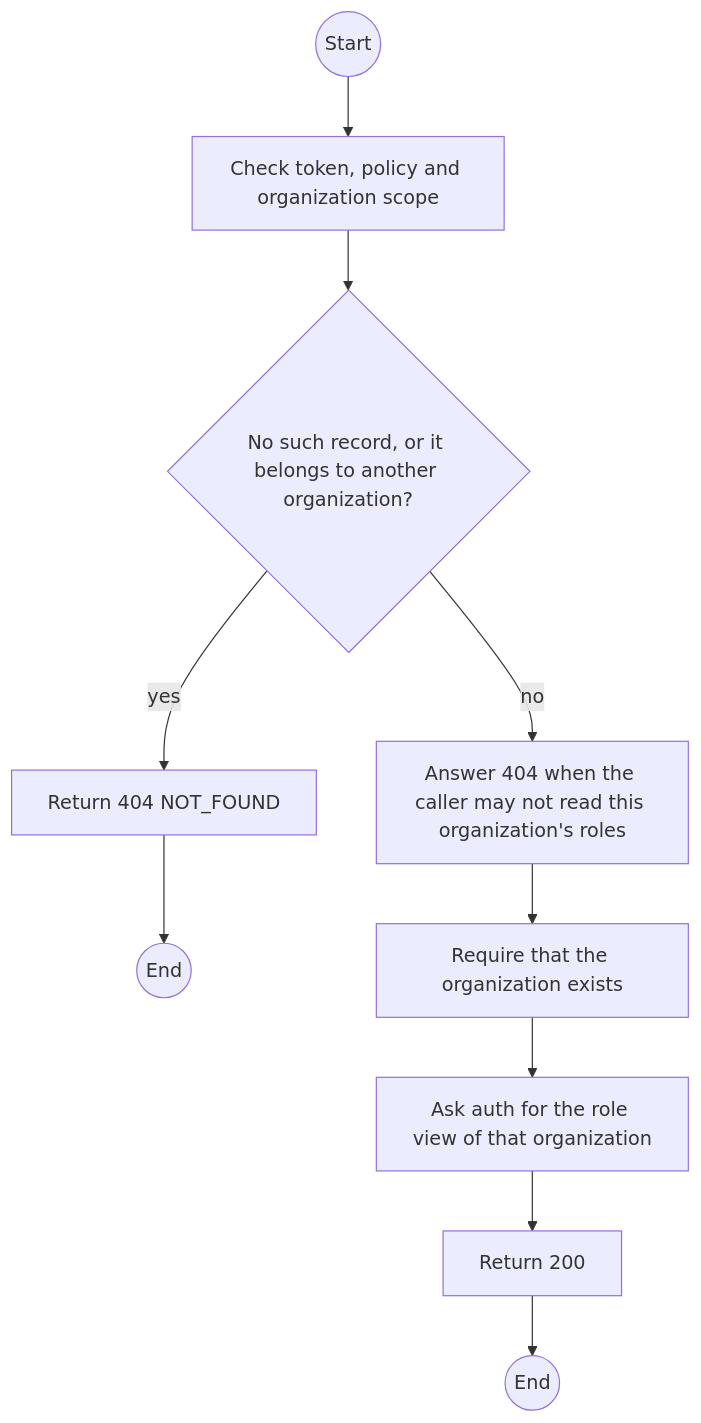
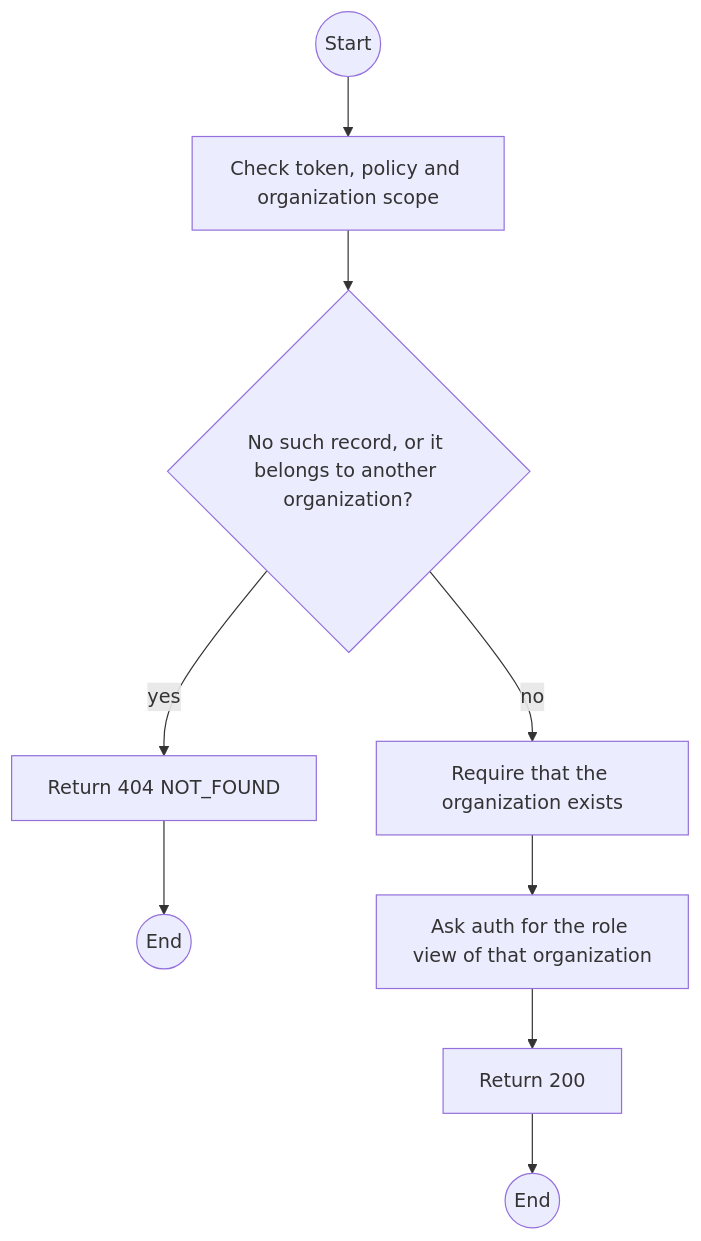
Before and after one commit to TrekLink-Team/treklink-web: the first of 2 diagrams in specs/organizations/api-design/33-get-organizations-id-roles.md, drawn with Mermaid. The commit also changed other lines of this file and 8 other files, not shown here.

````diff
--- a/specs/organizations/api-design/33-get-organizations-id-roles.md
+++ b/specs/organizations/api-design/33-get-organizations-id-roles.md
@@ -127,20 +127,18 @@
 ```mermaid
 flowchart TB
     S((Start))
     A0["Check token, policy and organization scope"]
     S --> A0
     D1{"No such record, or it belongs to another organization?"}
     A0 --> D1
     E1["Return 404 NOT_FOUND"]
     D1 -->|yes| E1
     E1 --> X1((End))
-    P0["Answer 404 when the caller may not read this organization's roles"]
+    P0["Require that the organization exists"]
     D1 -->|no| P0
-    P1["Require that the organization exists"]
+    P1["Ask auth for the role view of that organization"]
     P0 --> P1
-    P2["Ask auth for the role view of that organization"]
-    P1 --> P2
     OK["Return 200"]
-    P2 --> OK
+    P1 --> OK
     OK --> Z((End))
 ```
````
